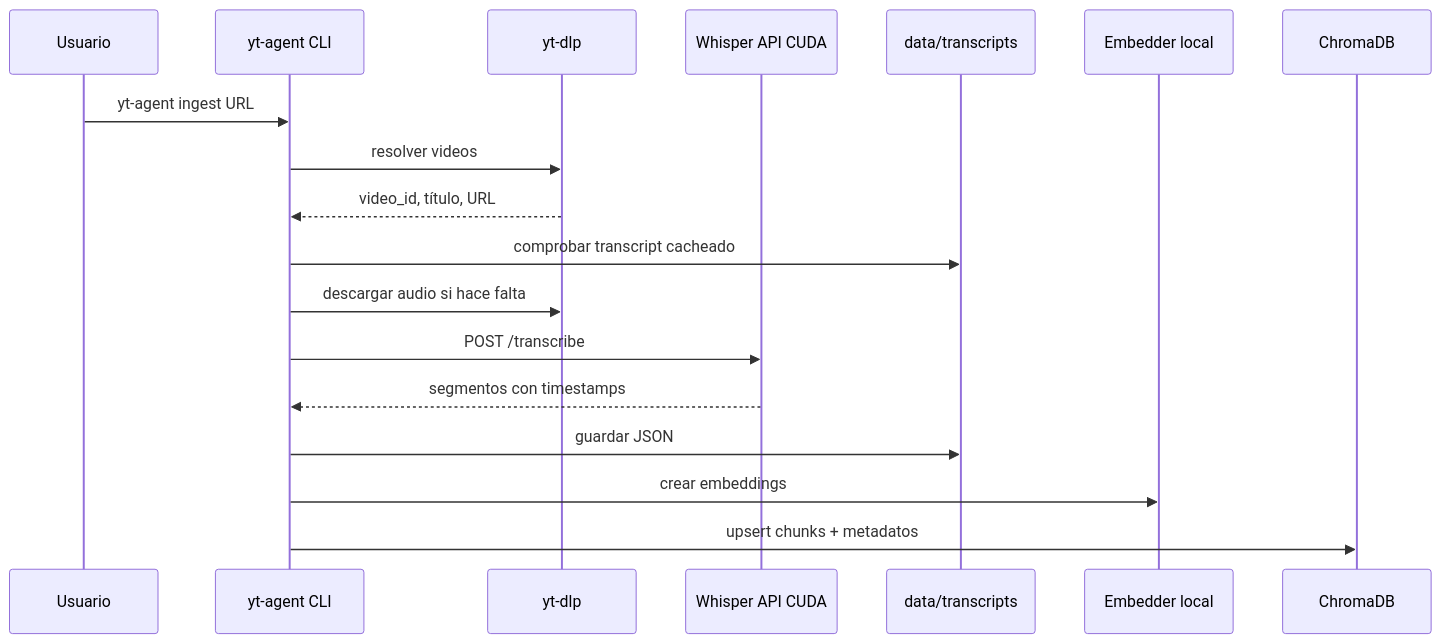
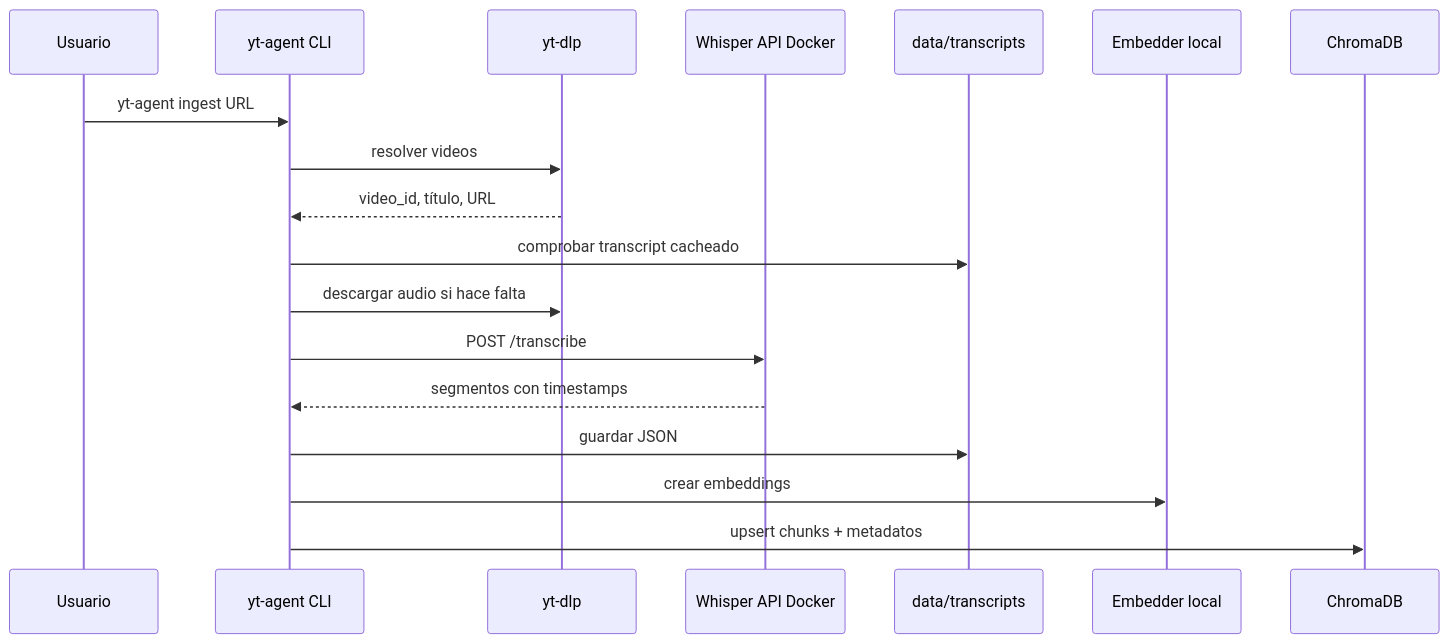
The first of 2 diagrams in docs/ARCHITECTURE.md (JotaTerrasa/Youtube-Channel-Local-RAG), drawn with Mermaid before and after one commit. The commit also changed other lines of this file and 9 other files, not shown here.

````diff
--- a/docs/ARCHITECTURE.md
+++ b/docs/ARCHITECTURE.md
@@ -7,21 +7,21 @@
 ```mermaid
 sequenceDiagram
   participant User as Usuario
   participant CLI as yt-agent CLI
   participant YTDLP as yt-dlp
-  participant Whisper as Whisper API CUDA
+  participant Whisper as Whisper API Docker
   participant Disk as data/transcripts
   participant Embed as Embedder local
   participant Chroma as ChromaDB
 
   User->>CLI: yt-agent ingest URL
   CLI->>YTDLP: resolver videos
   YTDLP-->>CLI: video_id, título, URL
   CLI->>Disk: comprobar transcript cacheado
   CLI->>YTDLP: descargar audio si hace falta
   CLI->>Whisper: POST /transcribe
   Whisper-->>CLI: segmentos con timestamps
   CLI->>Disk: guardar JSON
   CLI->>Embed: crear embeddings
   CLI->>Chroma: upsert chunks + metadatos
 ```
````
